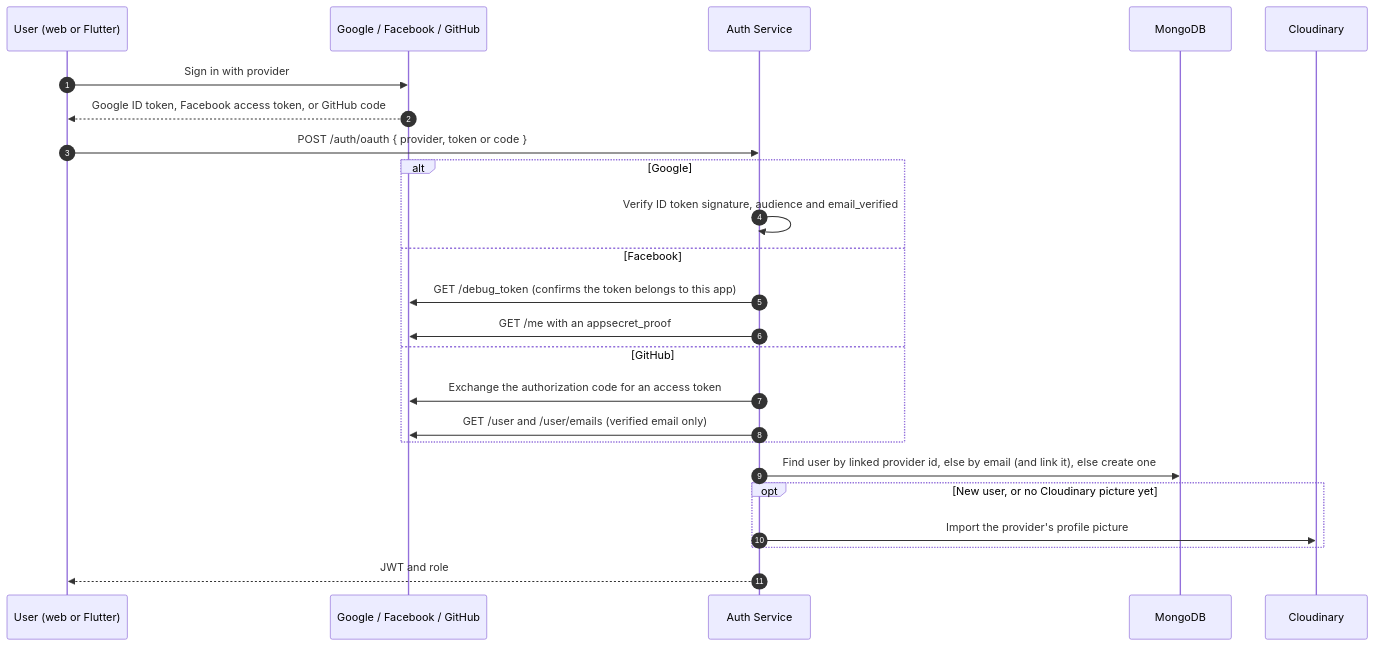
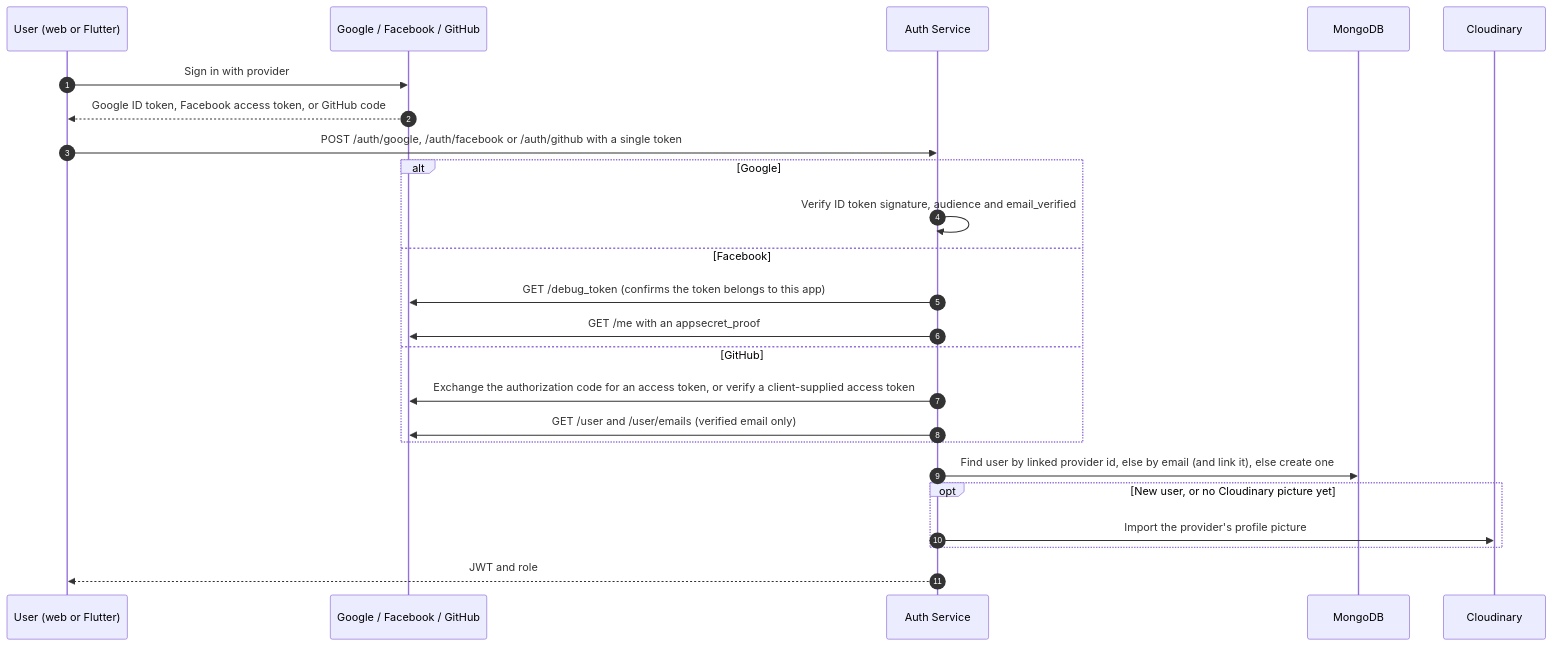
The third of 3 diagrams in README.md (peacemakerbill/premisave_auth_service), drawn with Mermaid before and after one commit. The commit also changed other lines of this file, not shown here.

First line of the commit message:
Update the README for per-provider social login and circular avatars

````diff
--- a/README.md
+++ b/README.md
@@ -197,27 +197,27 @@
 ```mermaid
 sequenceDiagram
     autonumber
     participant U as User (web or Flutter)
     participant P as Google / Facebook / GitHub
     participant AS as Auth Service
     participant DB as MongoDB
     participant C as Cloudinary
 
     U->>P: Sign in with provider
     P-->>U: Google ID token, Facebook access token, or GitHub code
-    U->>AS: POST /auth/oauth { provider, token or code }
+    U->>AS: POST /auth/google, /auth/facebook or /auth/github with a single token
     alt Google
         AS->>AS: Verify ID token signature, audience and email_verified
     else Facebook
         AS->>P: GET /debug_token (confirms the token belongs to this app)
         AS->>P: GET /me with an appsecret_proof
     else GitHub
-        AS->>P: Exchange the authorization code for an access token
+        AS->>P: Exchange the authorization code for an access token, or verify a client-supplied access token
         AS->>P: GET /user and /user/emails (verified email only)
     end
     AS->>DB: Find user by linked provider id, else by email (and link it), else create one
     opt New user, or no Cloudinary picture yet
         AS->>C: Import the provider's profile picture
     end
     AS-->>U: JWT and role
 ```
````
